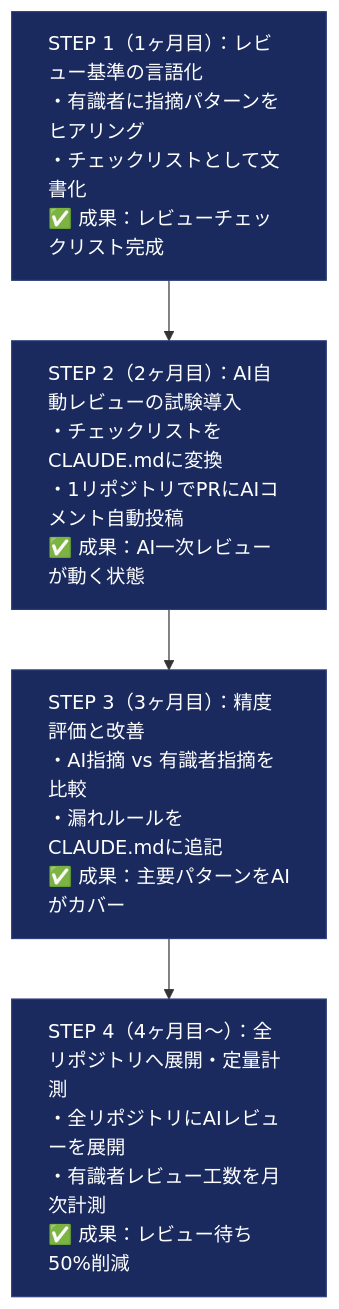
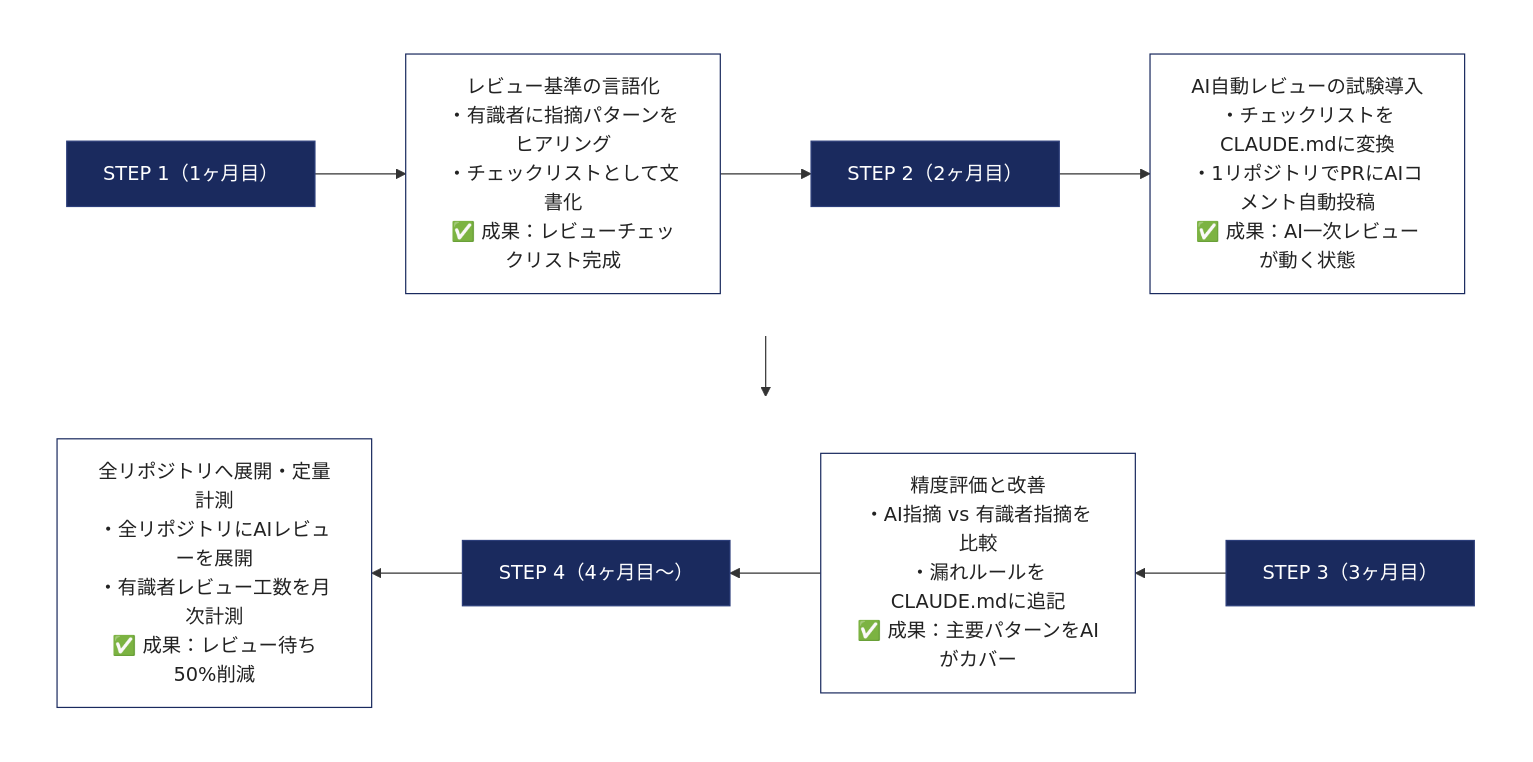
One commit to Kengo55555/My_Study changed the first of 10 diagrams in AI_Idea/AI_ADOPTION_PROPOSAL.md. Above: the diagram before and after it, drawn with Mermaid. The commit also changed other lines of this file and 1 other file, not shown here.

Commit message:
Refactor proposal: bullet points, コ字 Mermaid layout, navy titles / white content nodes

````diff
--- a/AI_Idea/AI_ADOPTION_PROPOSAL.md
+++ b/AI_Idea/AI_ADOPTION_PROPOSAL.md
@@ -51,10 +53,22 @@
 ```mermaid
 flowchart TD
-    S1["STEP 1（1ヶ月目）：レビュー基準の言語化<br/>・有識者に指摘パターンをヒアリング<br/>・チェックリストとして文書化<br/>✅ 成果：レビューチェックリスト完成"]
-    S2["STEP 2（2ヶ月目）：AI自動レビューの試験導入<br/>・チェックリストをCLAUDE.mdに変換<br/>・1リポジトリでPRにAIコメント自動投稿<br/>✅ 成果：AI一次レビューが動く状態"]
-    S3["STEP 3（3ヶ月目）：精度評価と改善<br/>・AI指摘 vs 有識者指摘を比較<br/>・漏れルールをCLAUDE.mdに追記<br/>✅ 成果：主要パターンをAIがカバー"]
-    S4["STEP 4（4ヶ月目〜）：全リポジトリへ展開・定量計測<br/>・全リポジトリにAIレビューを展開<br/>・有識者レビュー工数を月次計測<br/>✅ 成果：レビュー待ち50%削減"]
-    S1 --> S2 --> S3 --> S4
-    classDef stepNode fill:#1a2a5e,stroke:#2c3e7a,color:#fff,text-align:left
-    class S1,S2,S3,S4 stepNode
+    subgraph row1[" "]
+        direction LR
+        T1["STEP 1（1ヶ月目）"] --> C1["レビュー基準の言語化<br/>・有識者に指摘パターンをヒアリング<br/>・チェックリストとして文書化<br/>✅ 成果：レビューチェックリスト完成"]
+        C1 --> T2["STEP 2（2ヶ月目）"]
+        T2 --> C2["AI自動レビューの試験導入<br/>・チェックリストをCLAUDE.mdに変換<br/>・1リポジトリでPRにAIコメント自動投稿<br/>✅ 成果：AI一次レビューが動く状態"]
+    end
+    subgraph row2[" "]
+        direction RL
+        T3["STEP 3（3ヶ月目）"] --> C3["精度評価と改善<br/>・AI指摘 vs 有識者指摘を比較<br/>・漏れルールをCLAUDE.mdに追記<br/>✅ 成果：主要パターンをAIがカバー"]
+        C3 --> T4["STEP 4（4ヶ月目〜）"]
+        T4 --> C4["全リポジトリへ展開・定量計測<br/>・全リポジトリにAIレビューを展開<br/>・有識者レビュー工数を月次計測<br/>✅ 成果：レビュー待ち50%削減"]
+    end
+    C2 --> T3
+    style row1 fill:transparent,stroke:transparent,color:transparent
+    style row2 fill:transparent,stroke:transparent,color:transparent
+    classDef title fill:#1a2a5e,stroke:#2c3e7a,color:#fff
+    classDef content fill:#fff,stroke:#1a2a5e,color:#222
+    class T1,T2,T3,T4 title
+    class C1,C2,C3,C4 content
 ```
````
